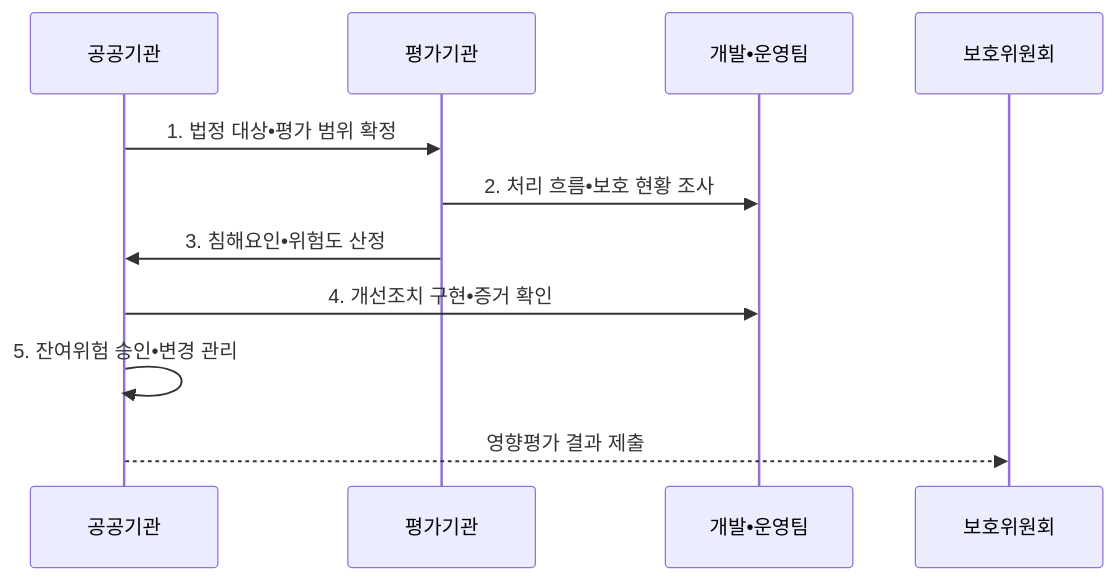
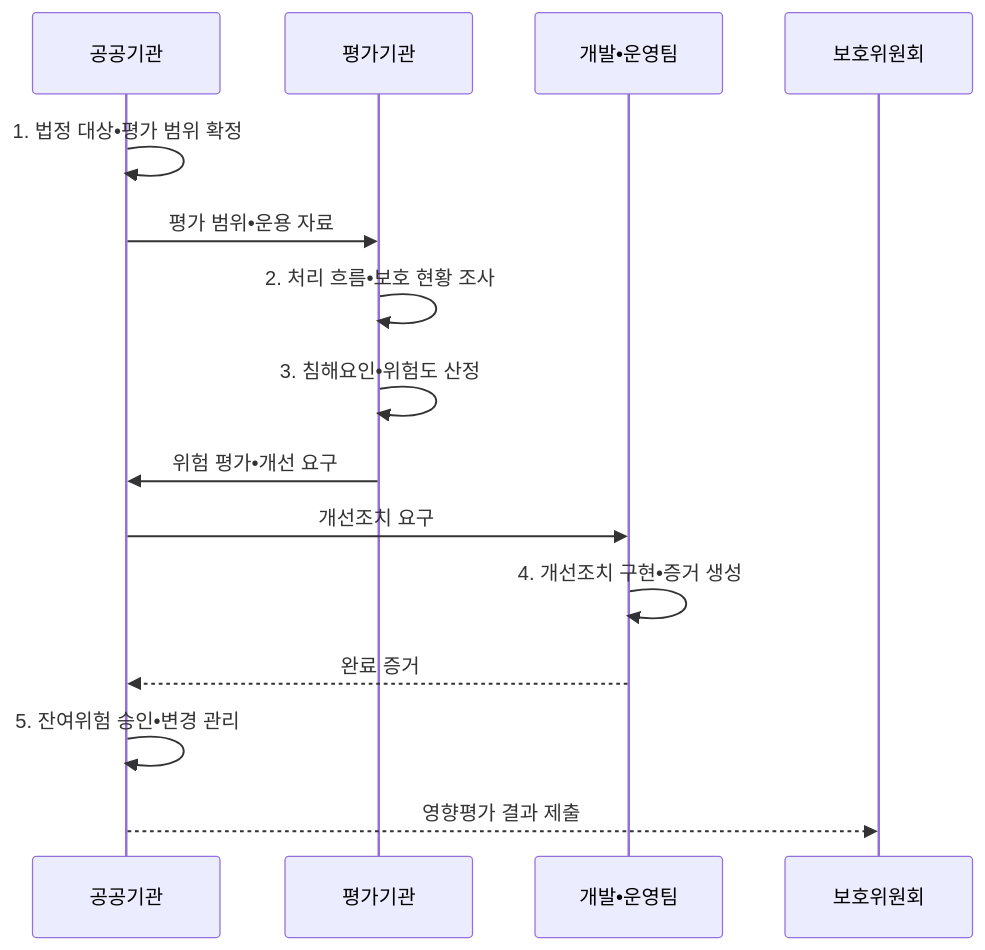
Before and after one commit to agnusdei1207/knowledge-base: the second of 2 diagrams in src/content/docs/notes/05-security/097_privacy_impact_assessment.md, drawn with Mermaid. The commit also changed other lines of this file and 14 other files, not shown here.

````diff
--- a/src/content/docs/notes/05-security/097_privacy_impact_assessment.md
+++ b/src/content/docs/notes/05-security/097_privacy_impact_assessment.md
@@ -101,13 +101,17 @@
 ```mermaid
 sequenceDiagram
     participant O as 공공기관
     participant A as 평가기관
     participant D as 개발•운영팀
     participant P as 보호위원회
-    O->>A: 1. 법정 대상•평가 범위 확정
-    A->>D: 2. 처리 흐름•보호 현황 조사
-    A->>O: 3. 침해요인•위험도 산정
-    O->>D: 4. 개선조치 구현•증거 확인
+    O->>O: 1. 법정 대상•평가 범위 확정
+    O->>A: 평가 범위•운용 자료
+    A->>A: 2. 처리 흐름•보호 현황 조사
+    A->>A: 3. 침해요인•위험도 산정
+    A->>O: 위험 평가•개선 요구
+    O->>D: 개선조치 요구
+    D->>D: 4. 개선조치 구현•증거 생성
+    D-->>O: 완료 증거
     O->>O: 5. 잔여위험 승인•변경 관리
     O-->>P: 영향평가 결과 제출
 ```
````
